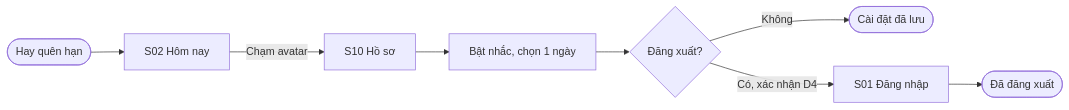
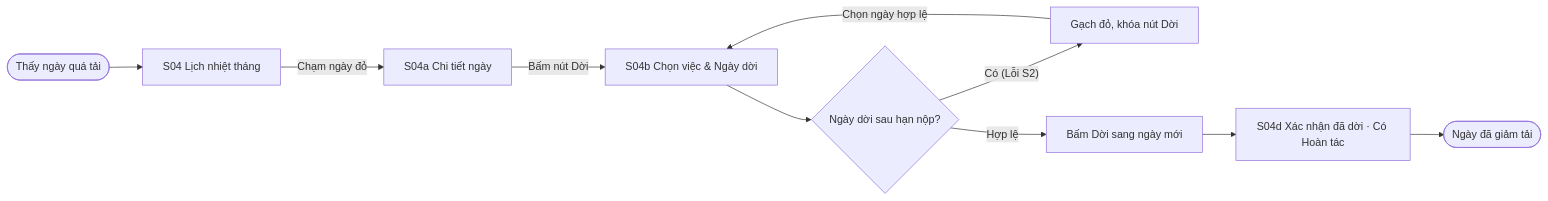
One commit to FU-PRM-Projects/prm393-lab2-group9 changed the fifth of 5 diagrams in ux/user-flow.md. Above: the diagram before and after it, drawn with Mermaid. The commit also changed other lines of this file and 1 other file, not shown here.

Commit message:
docs(ux): update persona to 4 personas and align user flows with upstream figma

````diff
--- a/ux/user-flow.md
+++ b/ux/user-flow.md
@@ -188,10 +191,12 @@
 ```mermaid
 flowchart LR
-  A([Hay quên hạn]) --> B["S02 Hôm nay"]
-  B -- Chạm avatar --> C["S10 Hồ sơ"]
-  C --> D["Bật nhắc, chọn 1 ngày"]
-  D --> E{"Đăng xuất?"}
-  E -- Không --> F([Cài đặt đã lưu])
-  E -- Có, xác nhận D4 --> G["S01 Đăng nhập"]
-  G --> H([Đã đăng xuất])
+  A([Thấy ngày quá tải]) --> B["S04 Lịch nhiệt tháng"]
+  B -- Chạm ngày đỏ --> C["S04a Chi tiết ngày"]
+  C -- Bấm nút Dời --> D["S04b Chọn việc & Ngày dời"]
+  D --> E{"Ngày dời sau hạn nộp?"}
+  E -- Có (Lỗi S2) --> F["Gạch đỏ, khóa nút Dời"]
+  F -- Chọn ngày hợp lệ --> D
+  E -- Hợp lệ --> G["Bấm Dời sang ngày mới"]
+  G --> H["S04d Xác nhận đã dời · Có Hoàn tác"]
+  H --> I([Ngày đã giảm tải])
 ```
````
